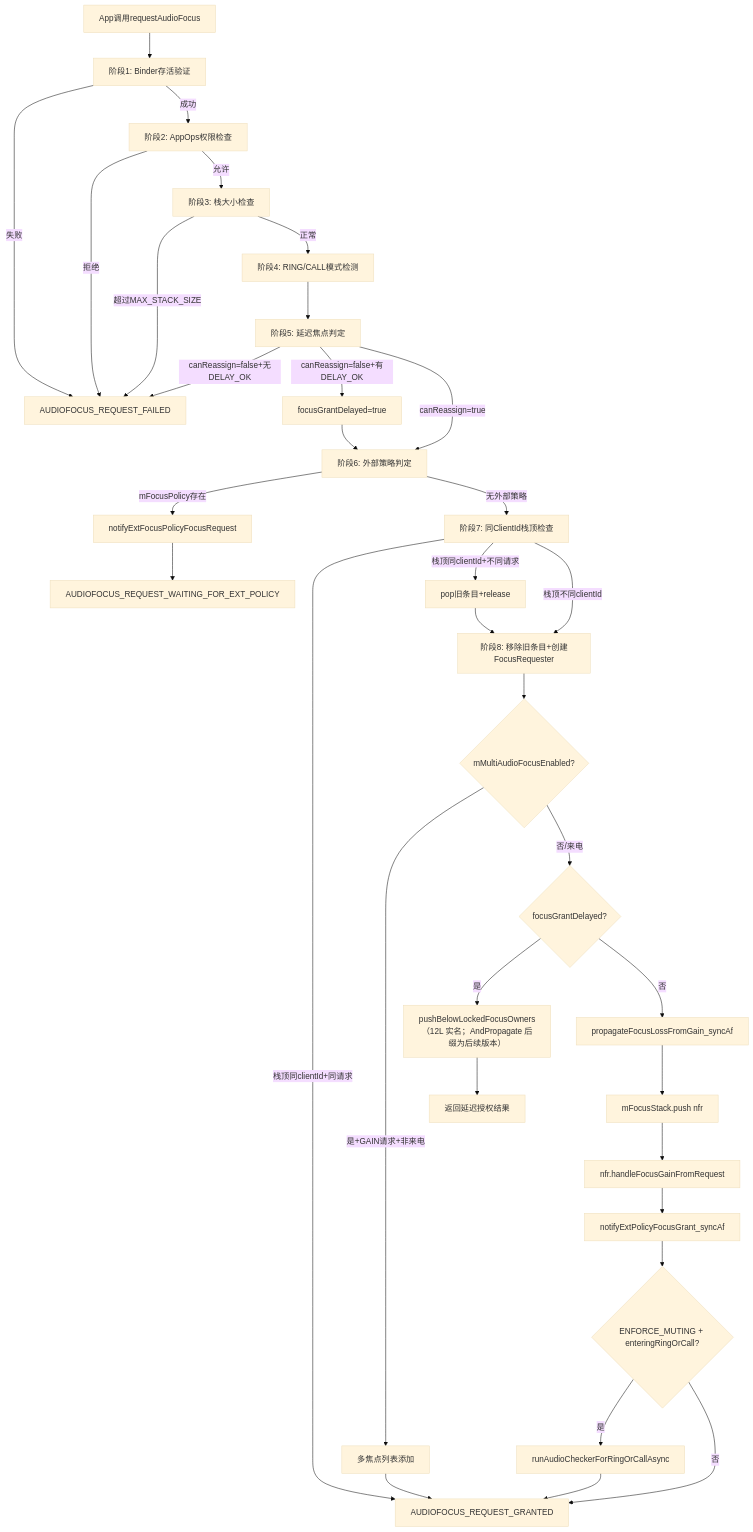
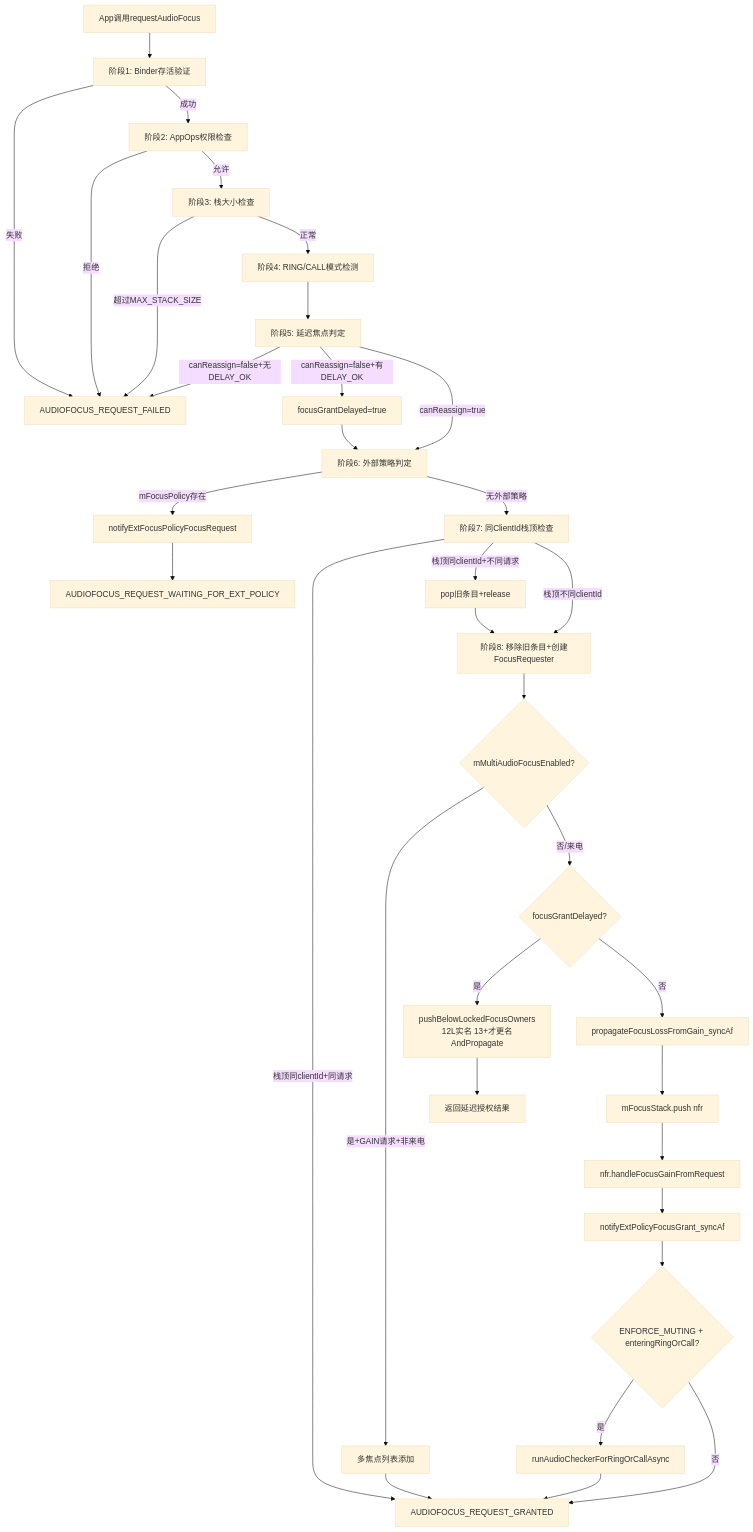
Before and after one commit to yanglinzhen1022/SA8295_AAOS_QNX_Audio_KnowledgeBase: the first of 3 diagrams in 12_Audio_Focus_Deep_Dive/12_12.3_requestAudioFocus完整流程.md, drawn with Mermaid (base theme). The commit also changed other lines of this file and 14 other files, not shown here.

````diff
--- a/12_Audio_Focus_Deep_Dive/12_12.3_requestAudioFocus完整流程.md
+++ b/12_Audio_Focus_Deep_Dive/12_12.3_requestAudioFocus完整流程.md
@@ -11,36 +11,36 @@
 ```mermaid
 flowchart TB
     START[App调用requestAudioFocus] --> PH1[阶段1: Binder存活验证]
     PH1 -->|失败| FAIL[AUDIOFOCUS_REQUEST_FAILED]
     PH1 -->|成功| PH2[阶段2: AppOps权限检查]
     PH2 -->|拒绝| FAIL
     PH2 -->|允许| PH3[阶段3: 栈大小检查]
     PH3 -->|超过MAX_STACK_SIZE| FAIL
     PH3 -->|正常| PH4[阶段4: RING/CALL模式检测]
     PH4 --> PH5[阶段5: 延迟焦点判定]
     PH5 -->|canReassign=false+无DELAY_OK| FAIL
     PH5 -->|canReassign=false+有DELAY_OK| PH5B[focusGrantDelayed=true]
     PH5 -->|canReassign=true| PH6[阶段6: 外部策略判定]
     PH5B --> PH6
     PH6 -->|mFocusPolicy存在| EXTPOL[notifyExtFocusPolicyFocusRequest]
     EXTPOL --> WAIT[AUDIOFOCUS_REQUEST_WAITING_FOR_EXT_POLICY]
     PH6 -->|无外部策略| PH7[阶段7: 同ClientId栈顶检查]
     PH7 -->|栈顶同clientId+同请求| GRANT[AUDIOFOCUS_REQUEST_GRANTED]
     PH7 -->|栈顶同clientId+不同请求| POP[pop旧条目+release]
     PH7 -->|栈顶不同clientId| PH8[阶段8: 移除旧条目+创建FocusRequester]
     POP --> PH8
     PH8 --> PH9A{mMultiAudioFocusEnabled?}
     PH9A -->|是+GAIN请求+非来电| MULTI[多焦点列表添加]
     MULTI --> GRANT
     PH9A -->|否/来电| PH9B{focusGrantDelayed?}
-    PH9B -->|是| PUSHBELOW[pushBelowLockedFocusOwners（12L 实名；AndPropagate 后缀为后续版本）]
+    PH9B -->|是| PUSHBELOW[pushBelowLockedFocusOwners\n12L实名 13+才更名AndPropagate]
     PUSHBELOW --> RESULT1[返回延迟授权结果]
     PH9B -->|否| PROP[propagateFocusLossFromGain_syncAf]
     PROP --> PUSH[mFocusStack.push nfr]
     PUSH --> HANDLEGAIN[nfr.handleFocusGainFromRequest]
     HANDLEGAIN --> NOTIFY[notifyExtPolicyFocusGrant_syncAf]
     NOTIFY --> MUTECHECK{ENFORCE_MUTING + enteringRingOrCall?}
     MUTECHECK -->|是| MUTE[runAudioCheckerForRingOrCallAsync]
     MUTECHECK -->|否| GRANT
     MUTE --> GRANT
 ```
````
